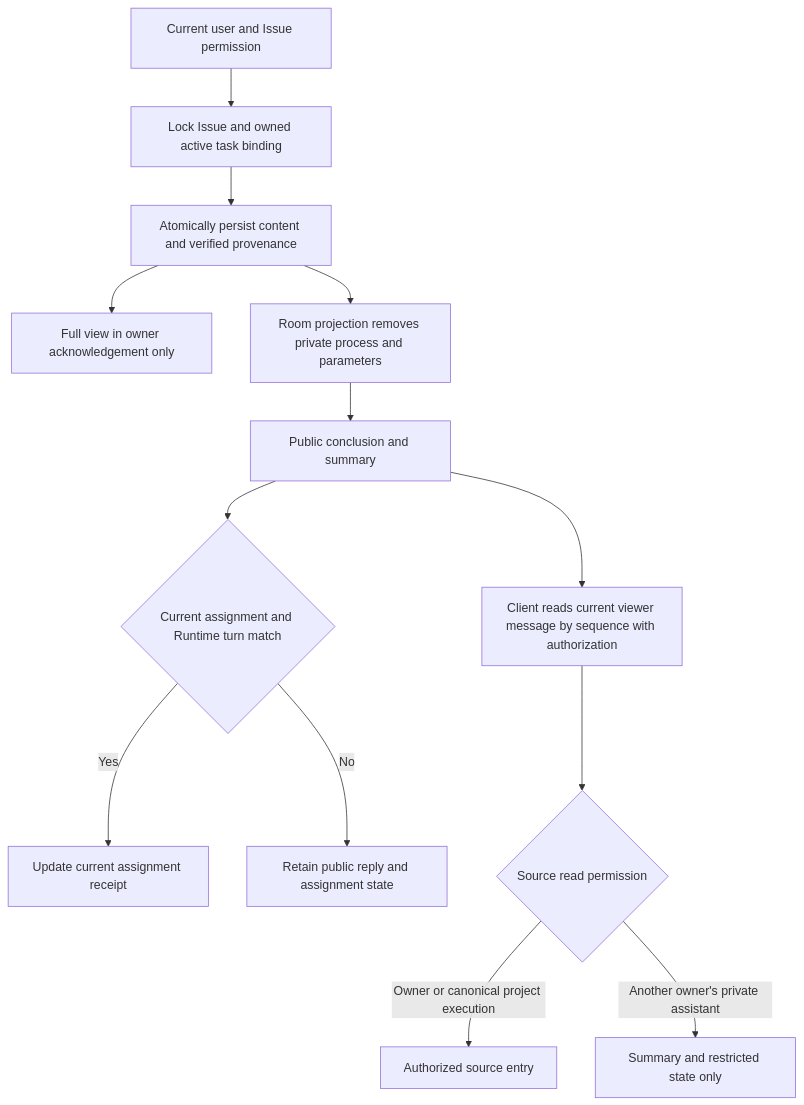
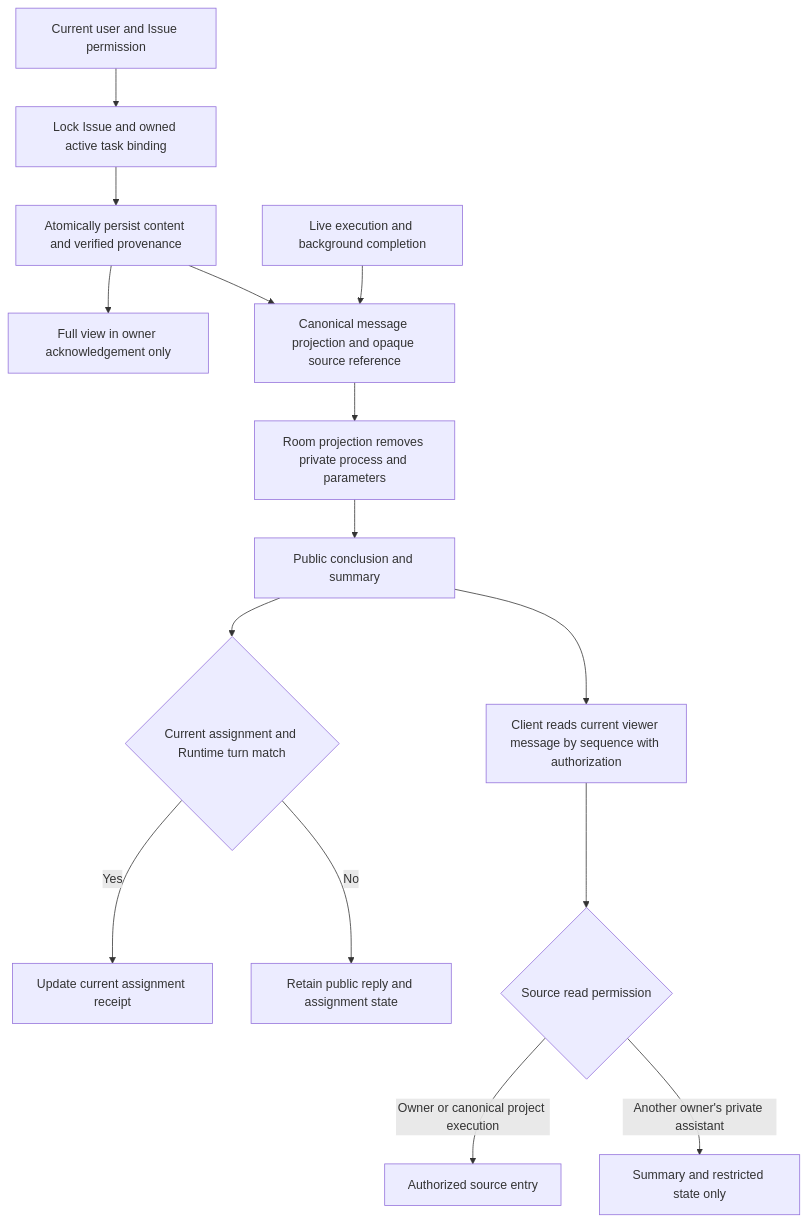
The first of 3 diagrams in docs/en/wegent/developer-guide/collaboration-permissions.md (wecode-ai/Wegent), drawn with Mermaid before and after one commit. The commit also changed other lines of this file and 15 other files, not shown here.

````diff
--- a/docs/en/wegent/developer-guide/collaboration-permissions.md
+++ b/docs/en/wegent/developer-guide/collaboration-permissions.md
@@ -9,15 +9,17 @@
 ```mermaid
 flowchart TD
     Source[Current user and Issue permission] --> Lock[Lock Issue and owned active task binding]
     Lock --> Commit[Atomically persist content and verified provenance]
     Commit --> Owner[Full view in owner acknowledgement only]
-    Commit --> Filter[Room projection removes private process and parameters]
+    Commit --> Projection[Canonical message projection and opaque source reference]
+    Live[Live execution and background completion] --> Projection
+    Projection --> Filter[Room projection removes private process and parameters]
     Filter --> Public[Public conclusion and summary]
     Public --> Receipt{Current assignment and Runtime turn match}
     Receipt -->|Yes| Complete[Update current assignment receipt]
     Receipt -->|No| History[Retain public reply and assignment state]
     Public --> Read[Client reads current viewer message by sequence with authorization]
     Read --> Trace{Source read permission}
     Trace -->|Owner or canonical project execution| Scoped[Authorized source entry]
     Trace -->|Another owner's private assistant| Restricted[Summary and restricted state only]
 ```
````
